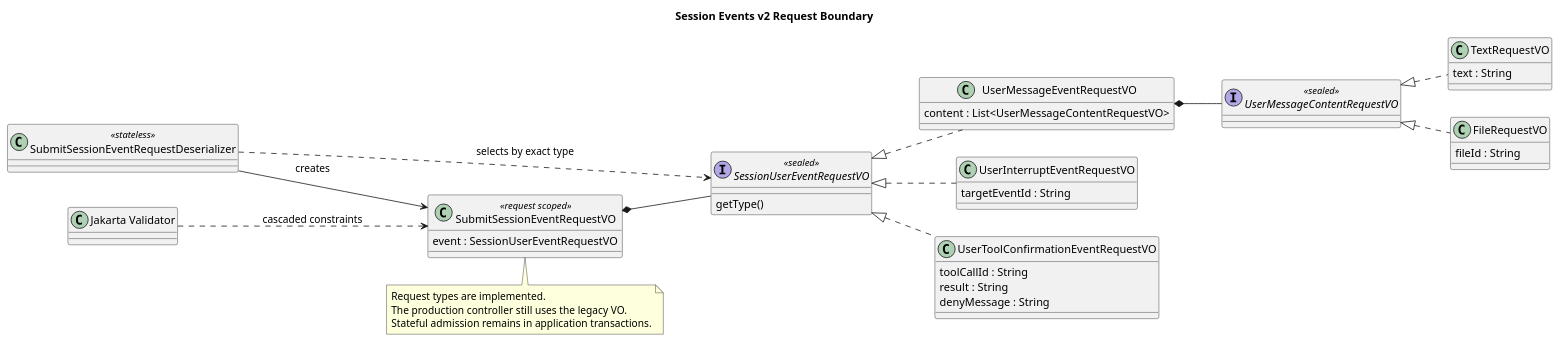
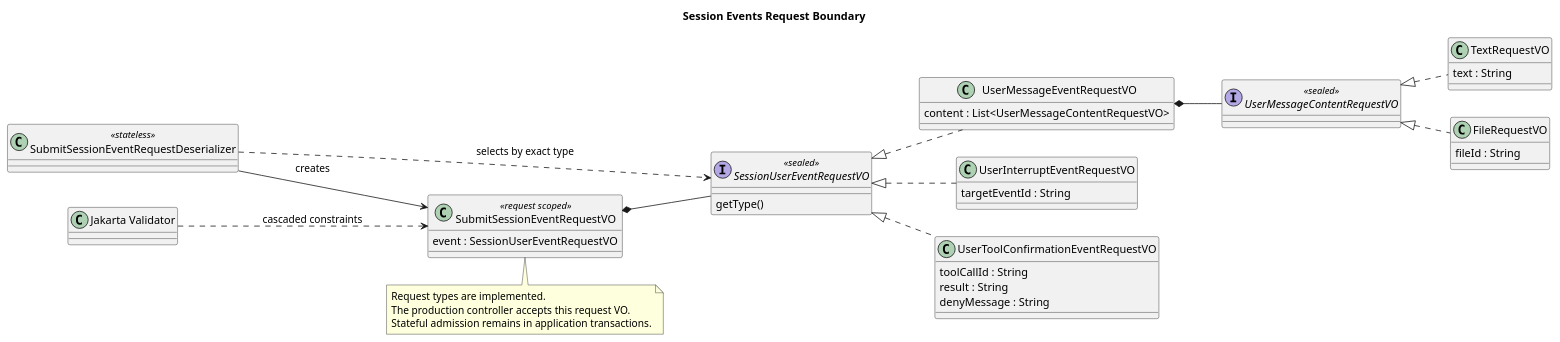
The diagram in docs/designs/runtime-event-request/diagram.puml (2862282695gjh-afk/pi-mono-java), drawn with PlantUML before and after one commit. The commit also changed 203 other files, not shown here.

```diff
--- a/docs/designs/runtime-event-request/diagram.puml
+++ b/docs/designs/runtime-event-request/diagram.puml
@@ -1,60 +1,60 @@
 @startuml runtime_event_request
 ' Observed Java baseline: pi-mono-java fd556dce3cfa12e5e834b6e9b8f835f10e7d67c8
 ' Source: modules/coding-agent-cli/src/main/java/com/campusclaw/codingagent/runtimeapi/web/RuntimeEventController.java#submit
 ' Source: modules/coding-agent-cli/src/main/java/com/campusclaw/codingagent/runtimeapi/vo/UserEventRequestVO.java
 ' Implementation commits: 8dc32b2e and bdf03c84; integration cf2e40d6
 ' Source: modules/coding-agent-cli/src/main/java/com/campusclaw/codingagent/runtimeapi/web/json/SubmitSessionEventRequestDeserializer.java#deserialize
 ' Source: modules/coding-agent-cli/src/main/java/com/campusclaw/codingagent/runtimeapi/vo/UserMessageEventRequestVO.java#isContentOrderValid
 ' Pi source: packages/coding-agent/src/core/agent-session.ts#prompt at 5cd93f688aaab89dbb6dfa4aca535f21796ae185
 ' Observed behavior: the legacy controller accepts a flat message and fileIds request only.
 ' Design reason: select one strict event shape before stateful application validation.
 ' Java divergence: the HTTP union and explicit null rejection are CampusClaw product constraints.
-title Session Events v2 Request Boundary
+title Session Events Request Boundary
 skinparam classAttributeIconSize 0
 skinparam shadowing false
 skinparam backgroundColor white
 left to right direction
 
 class SubmitSessionEventRequestDeserializer <<stateless>>
 class SubmitSessionEventRequestVO <<request scoped>> {
   event : SessionUserEventRequestVO
 }
 interface SessionUserEventRequestVO <<sealed>> {
   getType()
 }
 class UserMessageEventRequestVO {
   content : List<UserMessageContentRequestVO>
 }
 class UserInterruptEventRequestVO {
   targetEventId : String
 }
 class UserToolConfirmationEventRequestVO {
   toolCallId : String
   result : String
   denyMessage : String
 }
 interface UserMessageContentRequestVO <<sealed>>
 class TextRequestVO {
   text : String
 }
 class FileRequestVO {
   fileId : String
 }
 class "Jakarta Validator" as Validator
 
 SubmitSessionEventRequestDeserializer --> SubmitSessionEventRequestVO : creates
 SubmitSessionEventRequestDeserializer ..> SessionUserEventRequestVO : selects by exact type
 SubmitSessionEventRequestVO *-- SessionUserEventRequestVO
 SessionUserEventRequestVO <|.. UserMessageEventRequestVO
 SessionUserEventRequestVO <|.. UserInterruptEventRequestVO
 SessionUserEventRequestVO <|.. UserToolConfirmationEventRequestVO
 UserMessageEventRequestVO *-- UserMessageContentRequestVO
 UserMessageContentRequestVO <|.. TextRequestVO
 UserMessageContentRequestVO <|.. FileRequestVO
 Validator ..> SubmitSessionEventRequestVO : cascaded constraints
 note bottom of SubmitSessionEventRequestVO
   Request types are implemented.
-  The production controller still uses the legacy VO.
+  The production controller accepts this request VO.
   Stateful admission remains in application transactions.
 end note
 @enduml
```
